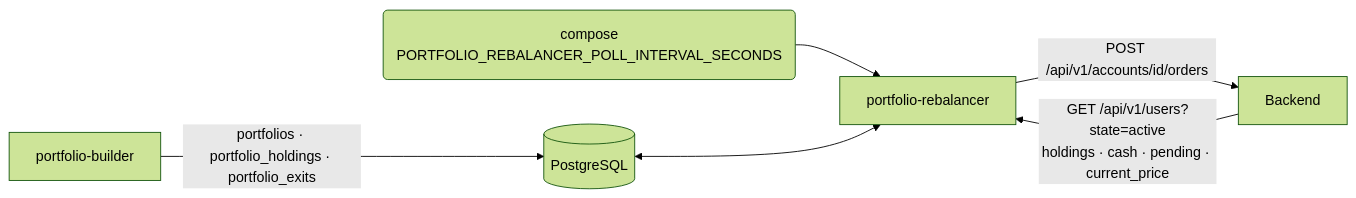
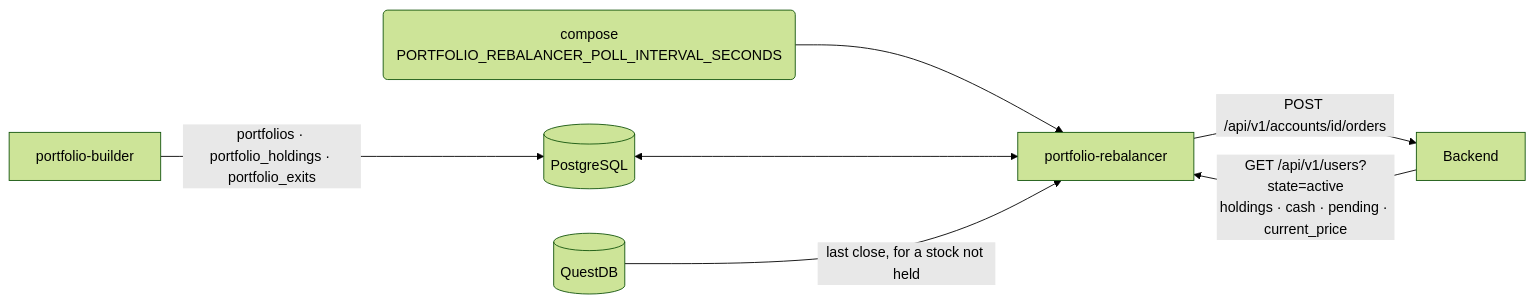
Before and after one commit to 100-hours-a-week/KTB4-11th-AI: the first of 2 diagrams in docs/superpowers/specs/2026-09-29-portfolio-rebalancer-design.md, drawn with Mermaid (forest theme). The commit also changed other lines of this file and 17 other files, not shown here.

````diff
--- a/docs/superpowers/specs/2026-09-29-portfolio-rebalancer-design.md
+++ b/docs/superpowers/specs/2026-09-29-portfolio-rebalancer-design.md
@@ -66,8 +66,9 @@
 ```mermaid
 flowchart LR
   COMPOSE(compose\nPORTFOLIO_REBALANCER_POLL_INTERVAL_SECONDS) --> PR[portfolio-rebalancer]
   PB[portfolio-builder] -->|portfolios · portfolio_holdings · portfolio_exits| PG[(PostgreSQL)]
   PG <--> PR
+  QDB[(QuestDB)] -->|last close, for a stock not held| PR
   BE[Backend] -->|GET /api/v1/users?state=active\nholdings · cash · pending · current_price| PR
   PR -->|POST /api/v1/accounts/id/orders| BE
 ```
````
